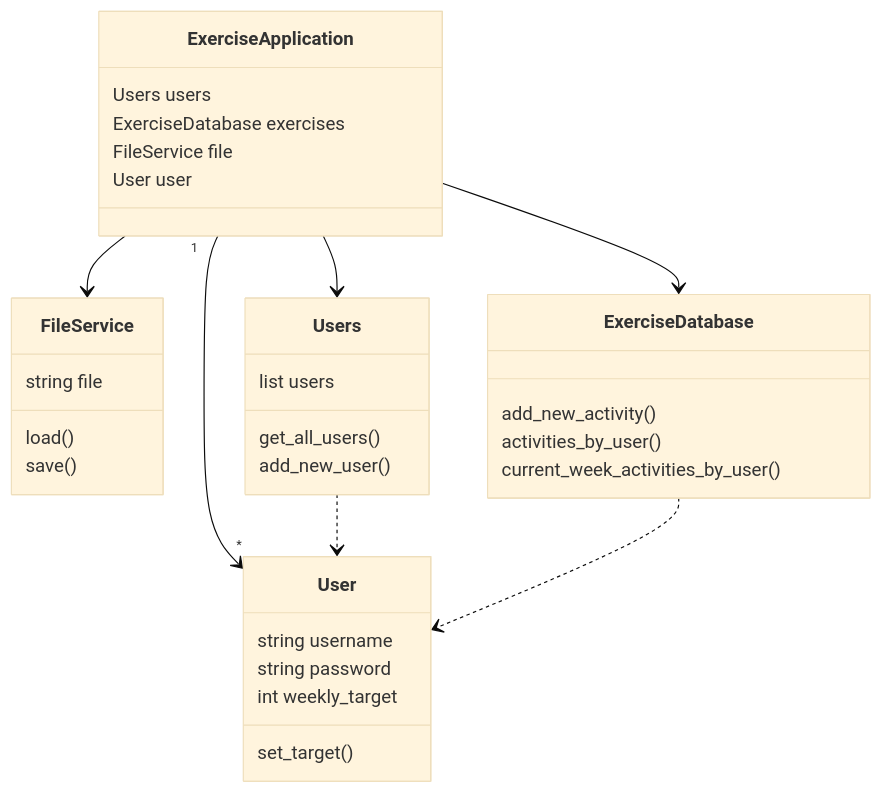
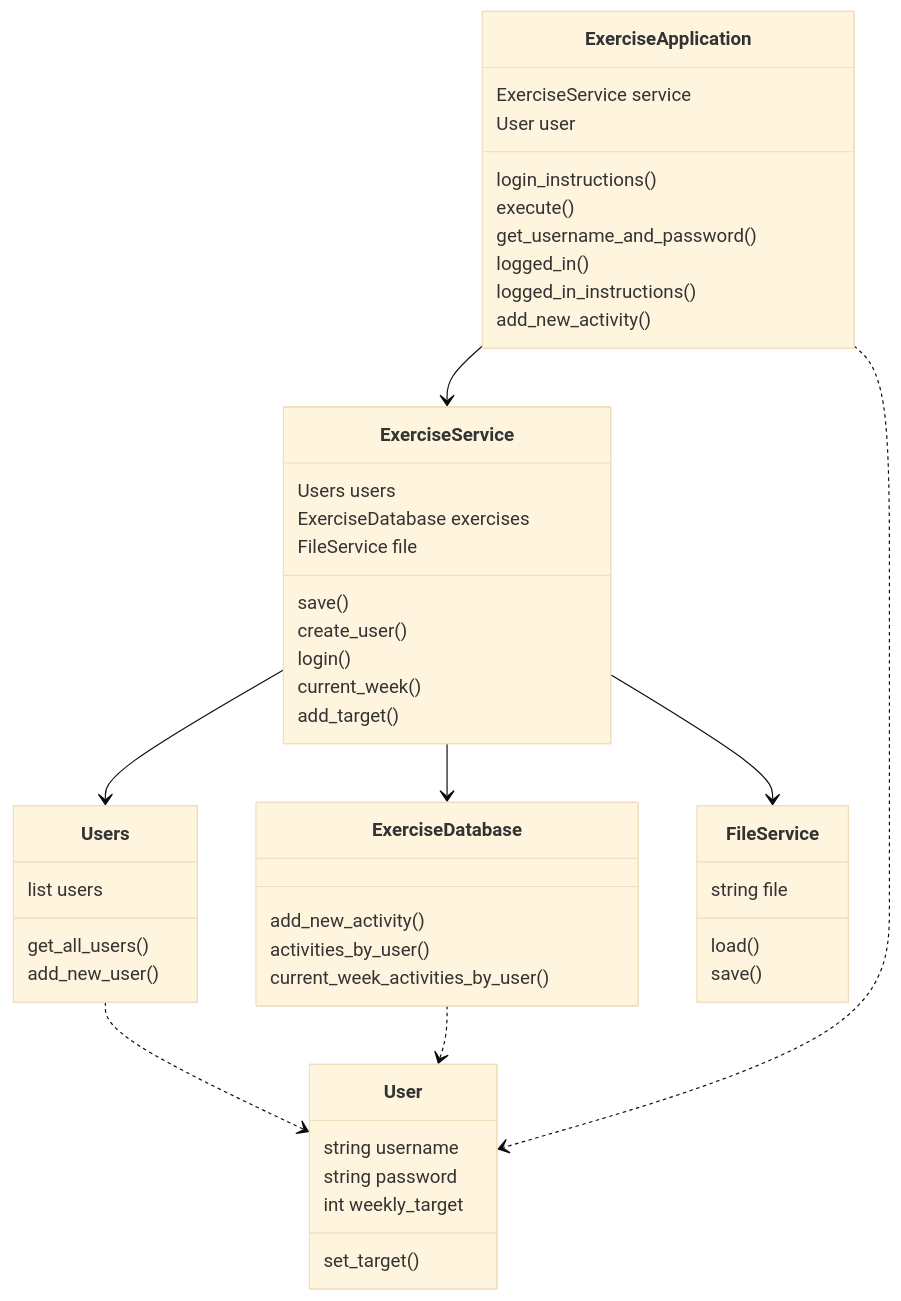
The first of 2 diagrams in dokumentaatio/arkkitehtuuri.md (Kaabero/ot-harjoitustyo), drawn with Mermaid (base theme) before and after one commit. The commit also changed other lines of this file, not shown here.

````diff
--- a/dokumentaatio/arkkitehtuuri.md
+++ b/dokumentaatio/arkkitehtuuri.md
@@ -3,43 +3,59 @@
 ```mermaid
  classDiagram
-      ExerciseApplication --> FileService
-      ExerciseApplication --> Users
-      ExerciseApplication --> ExerciseDatabase
-      ExerciseApplication "1" --> "*" User
+ 
       Users ..> User
       ExerciseDatabase ..> User
+      ExerciseApplication --> ExerciseService
+      ExerciseService --> FileService
+      ExerciseApplication ..> User
+      ExerciseService --> Users
+      ExerciseService --> ExerciseDatabase
       
       
-        
       class ExerciseApplication {
+        ExerciseService service
+        User user
+	login_instructions()
+	execute()
+	get_username_and_password()
+	logged_in()
+	logged_in_instructions()
+	add_new_activity()
+      }
+      
+      class ExerciseService {
         Users users
 	ExerciseDatabase exercises
         FileService file
-        User user
+	save()
+	create_user()
+	login()
+	current_week()
+	add_target()
       }
 
       class Users {
         list users
         get_all_users()
         add_new_user()
       }
 
       class User {
         string username
         string password
         int weekly_target
         set_target()
 
       }
       class FileService {
         string file
         load()
         save()
       }
       class ExerciseDatabase {
         add_new_activity()
         activities_by_user()
         current_week_activities_by_user()
       }
      
 ```
````
